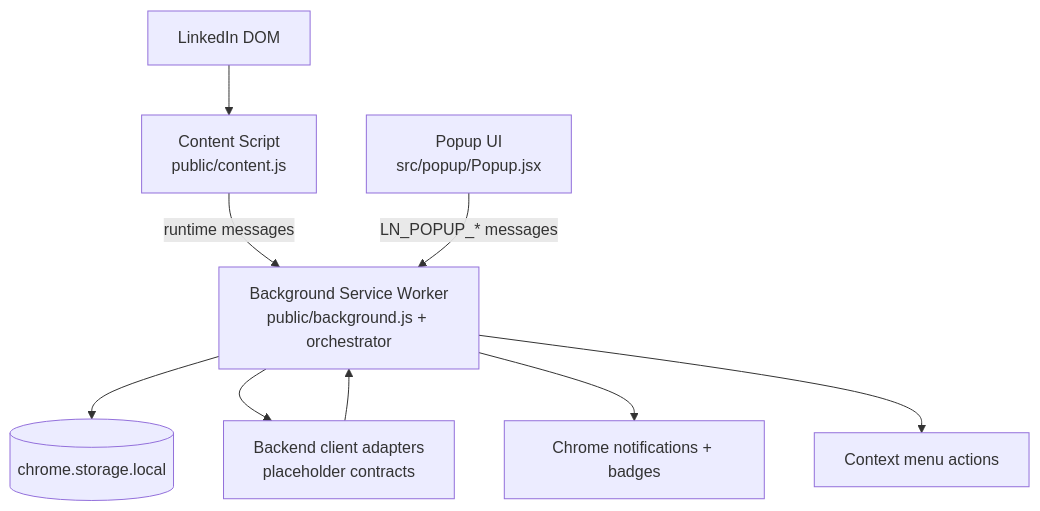
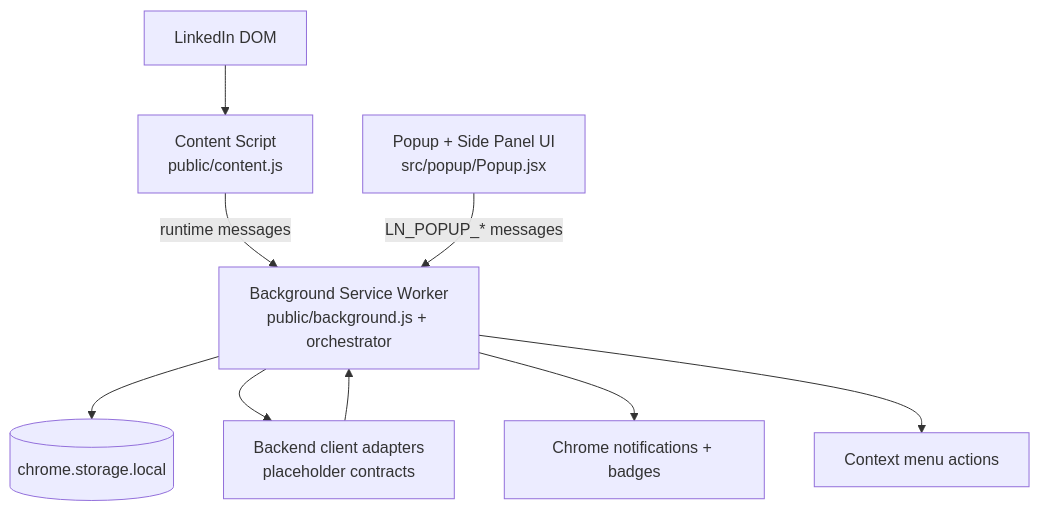
Before and after one commit to mahadevupadhyayula/linknest-extension: the diagram in README.md, drawn with Mermaid. The commit also changed other lines of this file and 6 other files, not shown here.

Commit message:
Add persistent LinkedIn side panel entry point

````diff
--- a/README.md
+++ b/README.md
@@ -10,11 +10,11 @@
 ```mermaid
 flowchart TD
   LI[LinkedIn DOM] --> CS[Content Script\npublic/content.js]
   CS -->|runtime messages| BG[Background Service Worker\npublic/background.js + orchestrator]
-  POP[Popup UI\nsrc/popup/Popup.jsx] -->|LN_POPUP_* messages| BG
+  POP[Popup + Side Panel UI\nsrc/popup/Popup.jsx] -->|LN_POPUP_* messages| BG
   BG --> ST[(chrome.storage.local)]
   BG --> BK[Backend client adapters\nplaceholder contracts]
   BK --> BG
   BG --> NT[Chrome notifications + badges]
   BG --> CM[Context menu actions]
 ```
````
